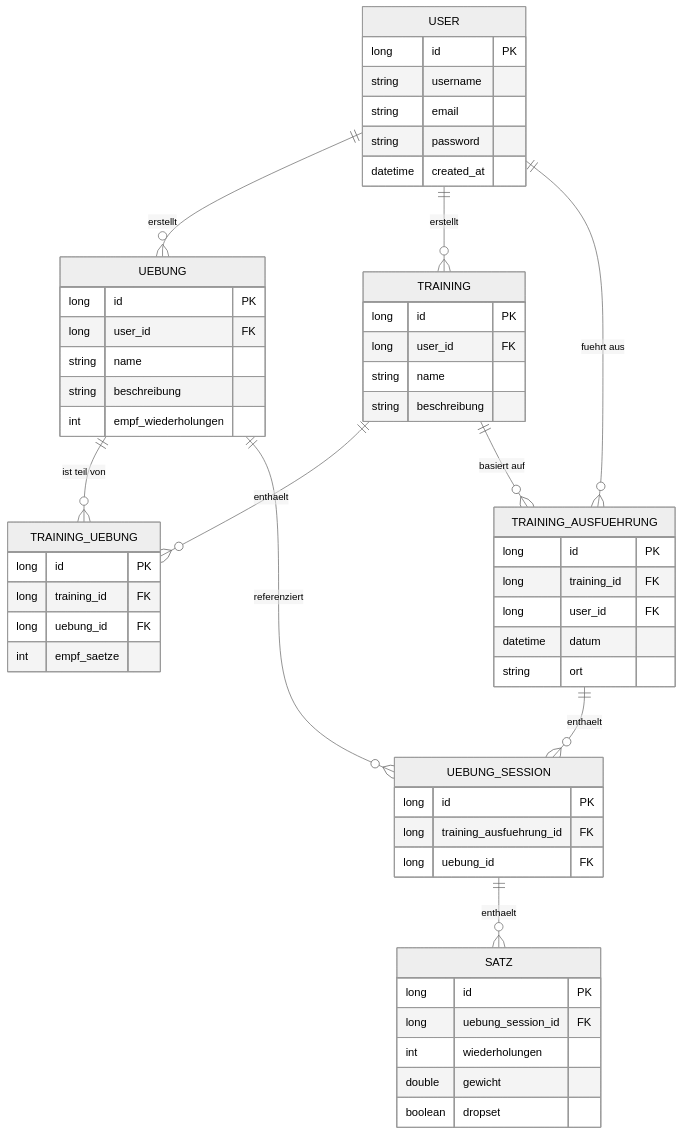
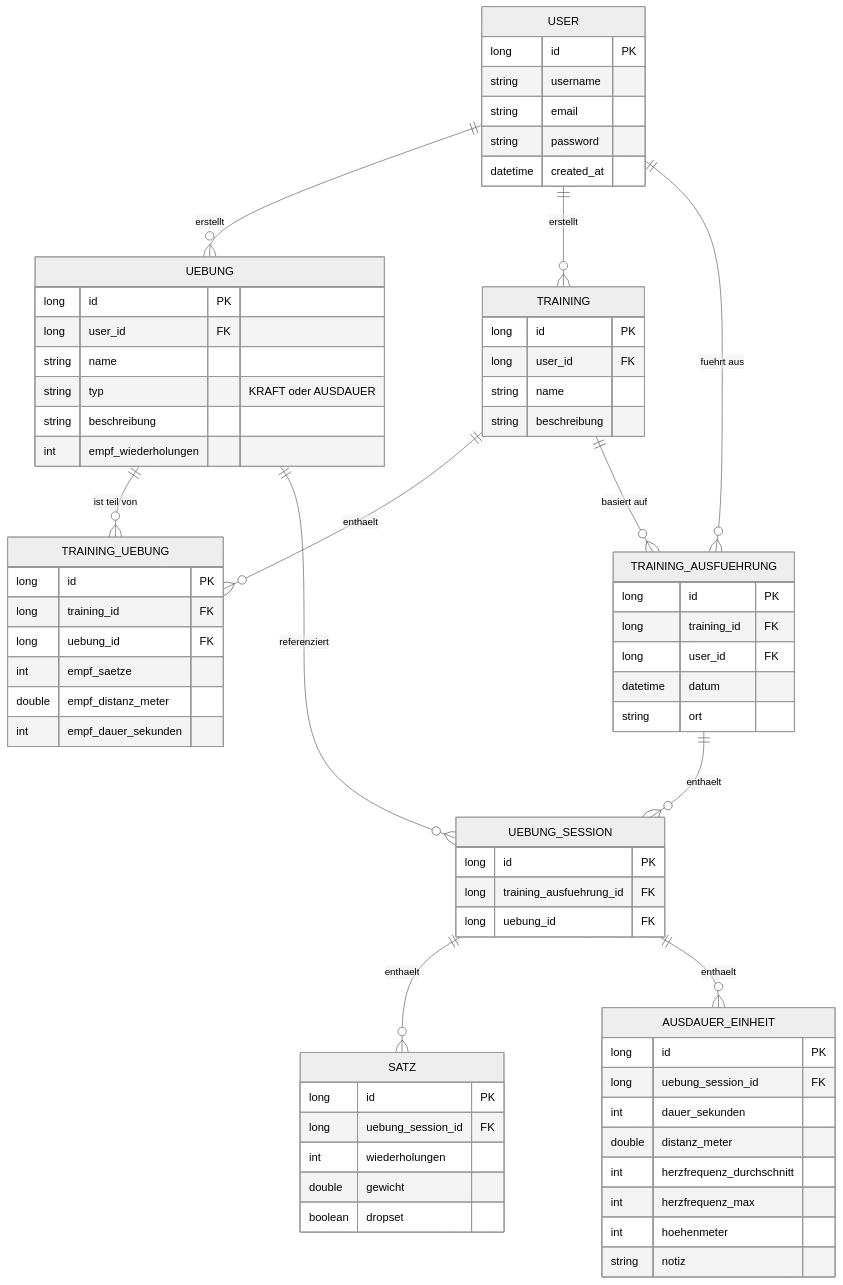
The diagram in fittrack-erd.mermaid (KiruKiril/fittrack), drawn with Mermaid (neutral theme) before and after one commit. The commit also changed 1 other file, not shown here.

Commit message:
docs: document API usage and update ERD for Ausdauer model

```diff
--- a/fittrack-erd.mermaid
+++ b/fittrack-erd.mermaid
@@ -1,64 +1,79 @@
 erDiagram
     USER {
         long id PK
         string username
         string email
         string password
         datetime created_at
     }
 
     UEBUNG {
         long id PK
         long user_id FK
         string name
+        string typ "KRAFT oder AUSDAUER"
         string beschreibung
         int empf_wiederholungen
     }
 
     TRAINING {
         long id PK
         long user_id FK
         string name
         string beschreibung
     }
 
     TRAINING_UEBUNG {
         long id PK
         long training_id FK
         long uebung_id FK
         int empf_saetze
+        double empf_distanz_meter
+        int empf_dauer_sekunden
     }
 
     TRAINING_AUSFUEHRUNG {
         long id PK
         long training_id FK
         long user_id FK
         datetime datum
         string ort
     }
 
     UEBUNG_SESSION {
         long id PK
         long training_ausfuehrung_id FK
         long uebung_id FK
     }
 
     SATZ {
         long id PK
         long uebung_session_id FK
         int wiederholungen
         double gewicht
         boolean dropset
     }
 
+    AUSDAUER_EINHEIT {
+        long id PK
+        long uebung_session_id FK
+        int dauer_sekunden
+        double distanz_meter
+        int herzfrequenz_durchschnitt
+        int herzfrequenz_max
+        int hoehenmeter
+        string notiz
+    }
+
     USER ||--o{ UEBUNG : "erstellt"
     USER ||--o{ TRAINING : "erstellt"
     USER ||--o{ TRAINING_AUSFUEHRUNG : "fuehrt aus"
 
     TRAINING ||--o{ TRAINING_UEBUNG : "enthaelt"
     UEBUNG ||--o{ TRAINING_UEBUNG : "ist teil von"
 
     TRAINING ||--o{ TRAINING_AUSFUEHRUNG : "basiert auf"
     TRAINING_AUSFUEHRUNG ||--o{ UEBUNG_SESSION : "enthaelt"
     UEBUNG ||--o{ UEBUNG_SESSION : "referenziert"
     UEBUNG_SESSION ||--o{ SATZ : "enthaelt"
+    UEBUNG_SESSION ||--o{ AUSDAUER_EINHEIT : "enthaelt"
```
